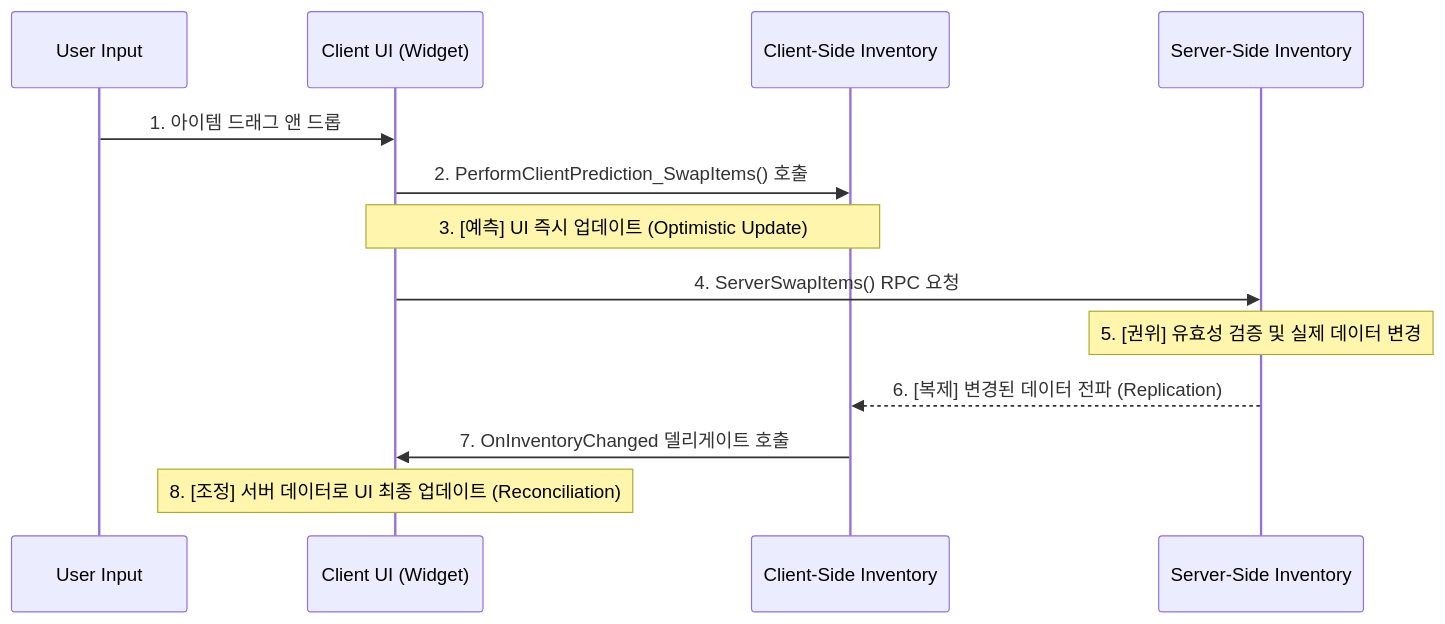
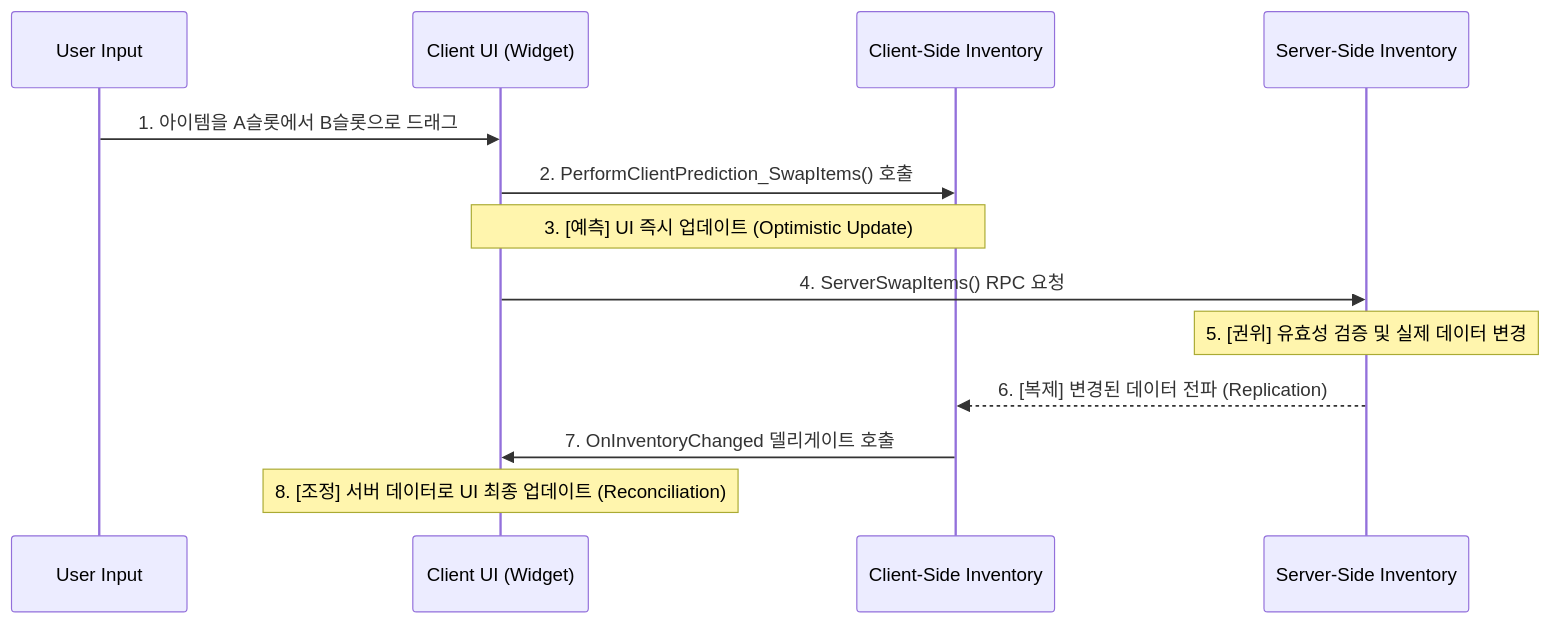
One commit to chungheonLee0325/Sonheim changed the diagram in Doc/Wiki/8.1_Case_Study_Inventory_Interaction.md. Above: the diagram before and after it, drawn with Mermaid. The commit also changed other lines of this file and 32 other files, not shown here.

````diff
--- a/Doc/Wiki/8.1_Case_Study_Inventory_Interaction.md
+++ b/Doc/Wiki/8.1_Case_Study_Inventory_Interaction.md
@@ -15,18 +23,18 @@
 ```mermaid
 sequenceDiagram
     participant User as User Input
     participant UI as Client UI (Widget)
     participant Inventory as Client-Side Inventory
     participant ServerInventory as Server-Side Inventory
 
-    User->>UI: 1. 아이템 드래그 앤 드롭
+    User->>UI: 1. 아이템을 A슬롯에서 B슬롯으로 드래그
     UI->>Inventory: 2. PerformClientPrediction_SwapItems() 호출
     Note over Inventory,UI: 3. [예측] UI 즉시 업데이트 (Optimistic Update)
     UI->>ServerInventory: 4. ServerSwapItems() RPC 요청
     
     Note over ServerInventory: 5. [권위] 유효성 검증 및 실제 데이터 변경
     ServerInventory-->>Inventory: 6. [복제] 변경된 데이터 전파 (Replication)
     
     Inventory->>UI: 7. OnInventoryChanged 델리게이트 호출
     Note over UI: 8. [조정] 서버 데이터로 UI 최종 업데이트 (Reconciliation)
 ```
````
